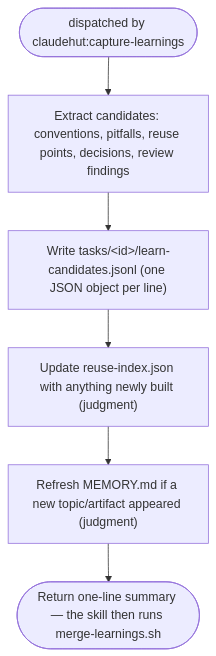
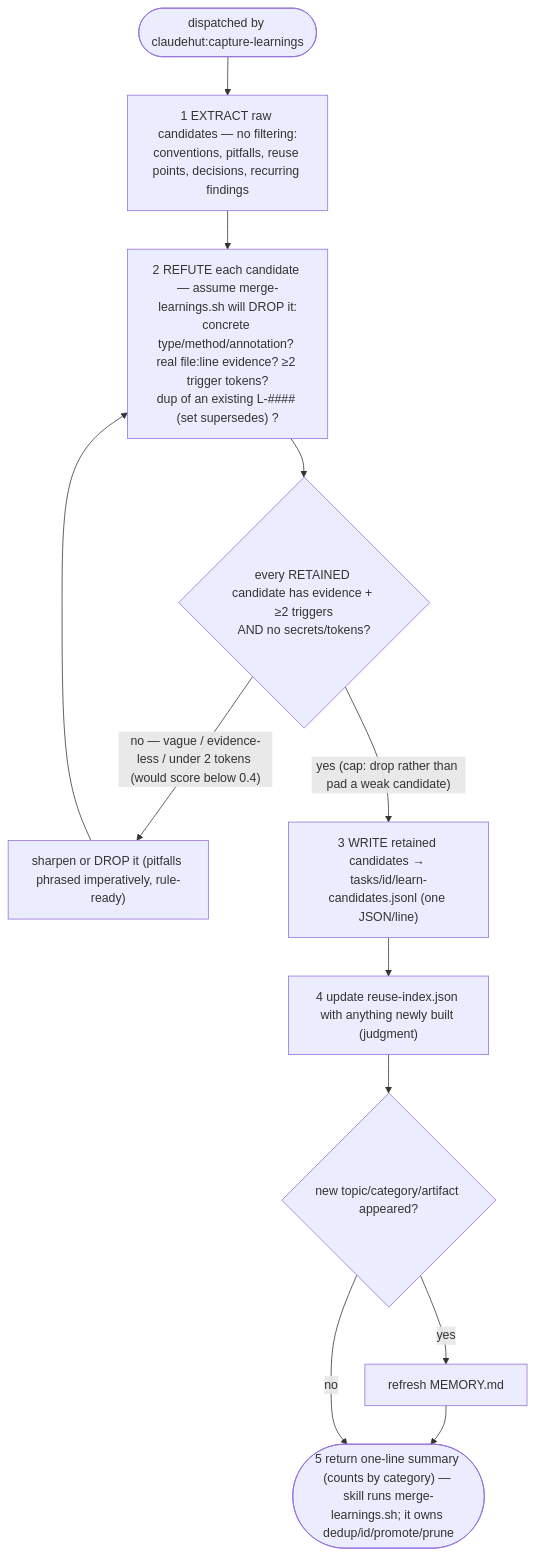
One commit to taipt1504/claudehut changed the diagram in agents/claudehut-learner.md. Above: the diagram before and after it, drawn with Mermaid. The commit also changed other lines of this file and 22 other files, not shown here.

First line of the commit message:
feat(v0.8): skill+agent prompts — gates wired, ultra-flow diagrams, concision

````diff
--- a/agents/claudehut-learner.md
+++ b/agents/claudehut-learner.md
@@ -26,8 +25,13 @@
 ```mermaid
 flowchart TB
-    a([dispatched by claudehut:capture-learnings]) --> ex["Extract candidates: conventions, pitfalls, reuse points, decisions, review findings"]
-    ex --> wr["Write tasks/&lt;id&gt;/learn-candidates.jsonl (one JSON object per line)"]
-    wr --> ri["Update reuse-index.json with anything newly built (judgment)"]
-    ri --> mem["Refresh MEMORY.md if a new topic/artifact appeared (judgment)"]
-    mem --> out([Return one-line summary — the skill then runs merge-learnings.sh])
+    a(["dispatched by claudehut:capture-learnings"]) --> ex["1 EXTRACT raw candidates — no filtering:<br/>conventions, pitfalls, reuse points, decisions, recurring findings"]
+    ex --> crit["2 REFUTE each candidate — assume merge-learnings.sh will DROP it:<br/>concrete type/method/annotation? real file:line evidence? ≥2 trigger tokens?<br/>dup of an existing L-#### (set supersedes) ?"]
+    crit --> conv{"every RETAINED candidate has evidence + ≥2 triggers<br/>AND no secrets/tokens?"}
+    conv -- "no — vague / evidence-less / under 2 tokens (would score below 0.4)" --> fix["sharpen or DROP it (pitfalls phrased imperatively, rule-ready)"]
+    fix --> crit
+    conv -- "yes (cap: drop rather than pad a weak candidate)" --> wr["3 WRITE retained candidates → tasks/id/learn-candidates.jsonl (one JSON/line)"]
+    wr --> ri["4 update reuse-index.json with anything newly built (judgment)"]
+    ri --> mem{"new topic/category/artifact appeared?"}
+    mem -- "yes" --> rfm["refresh MEMORY.md"] --> out
+    mem -- "no" --> out(["5 return one-line summary (counts by category) — skill runs merge-learnings.sh; it owns dedup/id/promote/prune"])
 ```
````
